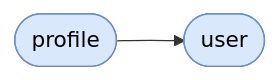
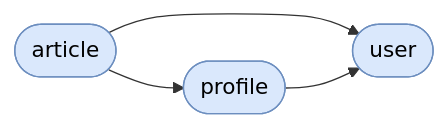
One commit to dearrudam/sdd4j-realworld-api changed the diagram in README.md. Above: the diagram before and after it, drawn with Mermaid. The commit also changed other lines of this file, not shown here.

First line of the commit message:
docs(readme): document article capability

````diff
--- a/README.md
+++ b/README.md
@@ -14,9 +15,12 @@
 ```mermaid
 graph LR
+    article([article])
     profile([profile])
     user([user])
+    article --> profile
+    article --> user
     profile --> user
 
     classDef bc fill:#dae8fc,stroke:#6c8ebf,color:#000
-    class profile,user bc
+    class article,profile,user bc
 ```
````
